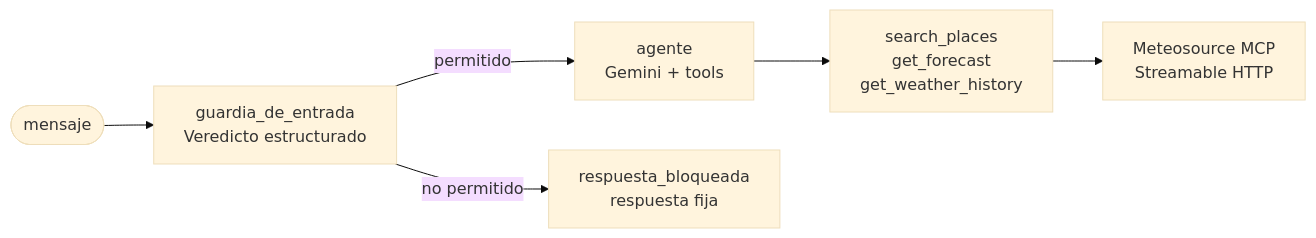
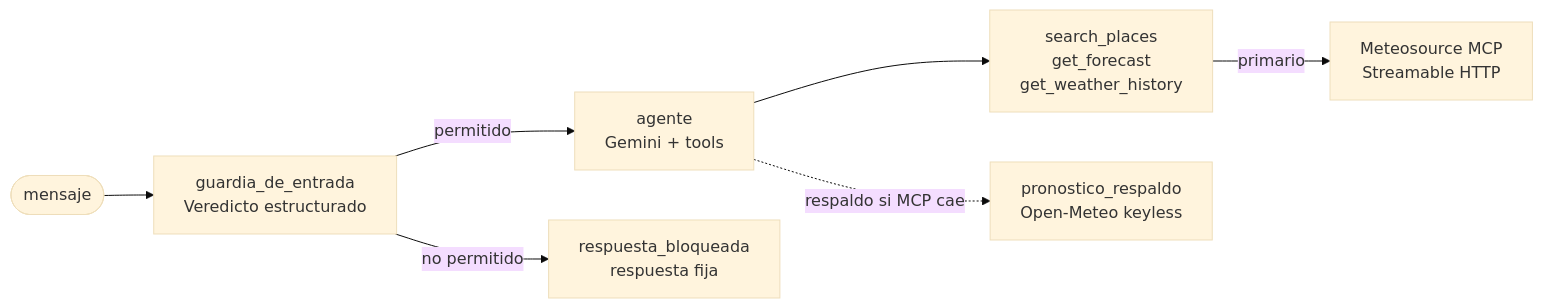
The second of 2 diagrams in docs/ARQUITECTURA.md (etmunoz/tarea_2_curso_2), drawn with Mermaid (base theme) before and after one commit. The commit also changed other lines of this file and 12 other files, not shown here.

First line of the commit message:
registro 063: meteo_mcp (MCP Meteosource) + "Clima resiliente en dos niveles"

````diff
--- a/docs/ARQUITECTURA.md
+++ b/docs/ARQUITECTURA.md
@@ -125,9 +128,9 @@
 ```mermaid
 flowchart LR
     MSTART([mensaje]) --> GDE[guardia_de_entrada<br/>Veredicto estructurado]
     GDE -->|permitido| MAG[agente<br/>Gemini + tools]
     GDE -->|no permitido| BLOQ[respuesta_bloqueada<br/>respuesta fija]
     MAG --> TOOLS[search_places<br/>get_forecast<br/>get_weather_history]
-    TOOLS --> MCP
-    MCP[Meteosource MCP<br/>Streamable HTTP]
+    TOOLS -->|primario| MCP[Meteosource MCP<br/>Streamable HTTP]
+    MAG -.respaldo si MCP cae.-> RESP[pronostico_respaldo<br/>Open-Meteo keyless]
 ```
````
